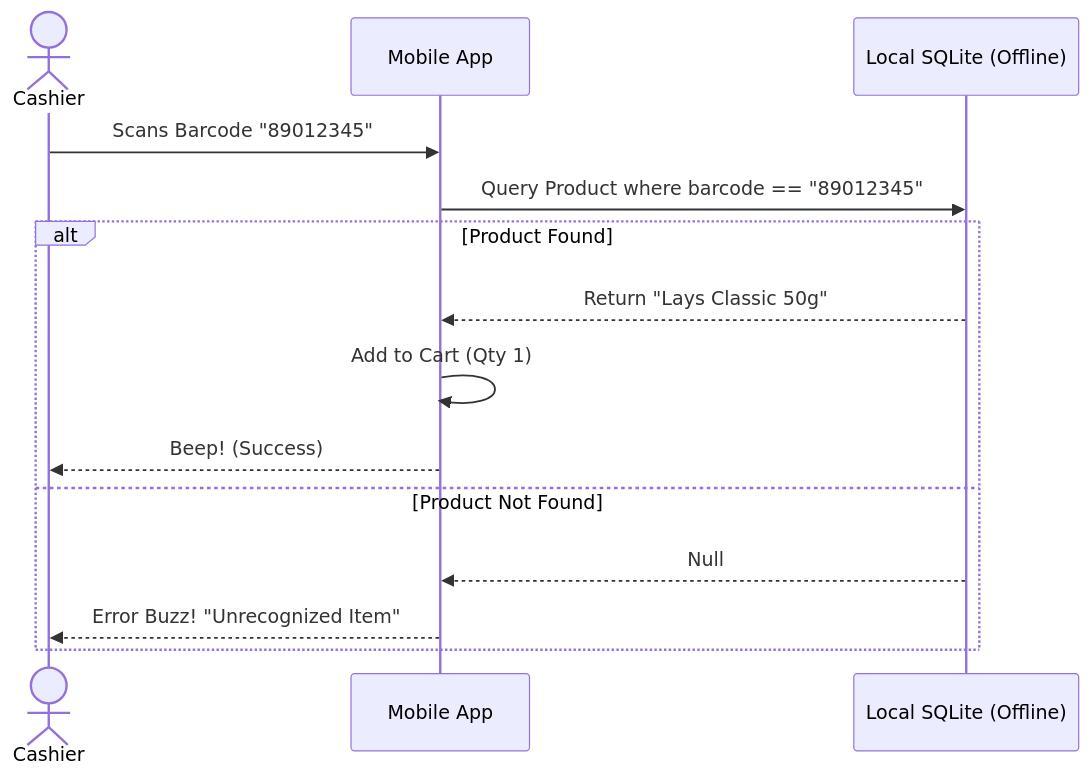
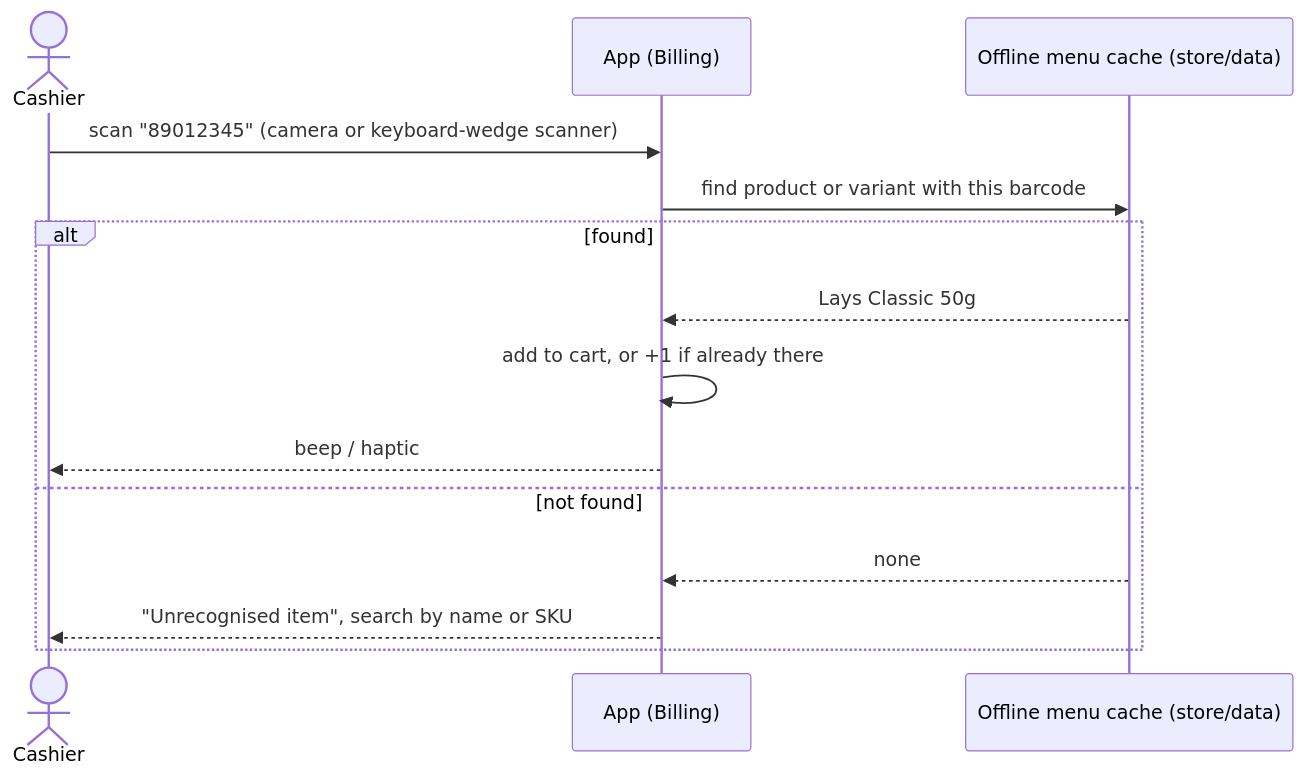
The diagram in docs/features/006_Barcode_Scanner.md (vishwajitvm/Tallyko), drawn with Mermaid before and after one commit. The commit also changed other lines of this file and 773 other files, not shown here.

````diff
--- a/docs/features/006_Barcode_Scanner.md
+++ b/docs/features/006_Barcode_Scanner.md
@@ -28,18 +29,17 @@
 ```mermaid
 sequenceDiagram
     actor Cashier
-    participant App as Mobile App
-    participant DB as Local SQLite (Offline)
-    
-    Cashier->>App: Scans Barcode "89012345"
-    App->>DB: Query Product where barcode == "89012345"
-    
-    alt Product Found
-        DB-->>App: Return "Lays Classic 50g"
-        App->>App: Add to Cart (Qty 1)
-        App-->>Cashier: Beep! (Success)
-    else Product Not Found
-        DB-->>App: Null
-        App-->>Cashier: Error Buzz! "Unrecognized Item"
+    participant App as App (Billing)
+    participant Cache as Offline menu cache (store/data)
+
+    Cashier->>App: scan "89012345" (camera or keyboard-wedge scanner)
+    App->>Cache: find product or variant with this barcode
+    alt found
+        Cache-->>App: Lays Classic 50g
+        App->>App: add to cart, or +1 if already there
+        App-->>Cashier: beep / haptic
+    else not found
+        Cache-->>App: none
+        App-->>Cashier: "Unrecognised item", search by name or SKU
     end
 ```
````
